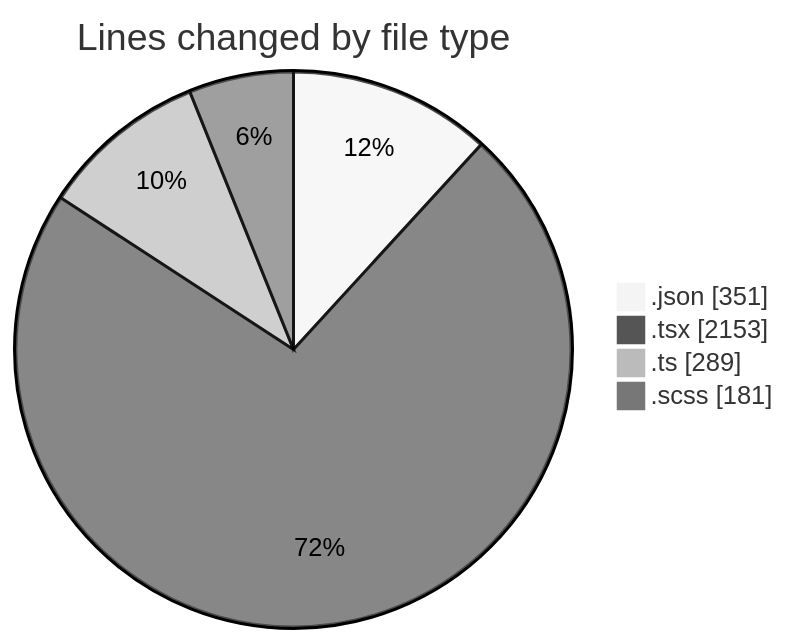
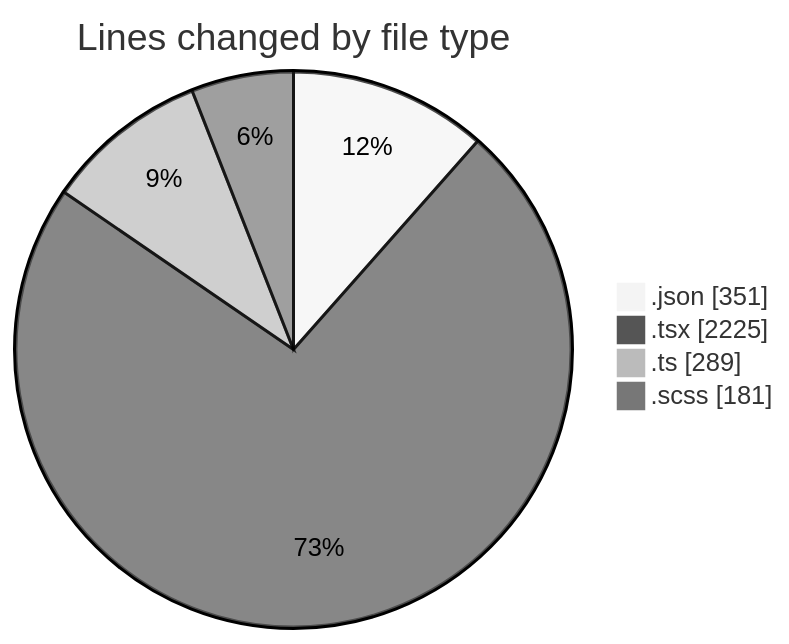
Before and after one commit to momahboobian/code-tracking: the first of 2 diagrams in 2026-04-22/cda/README.md, drawn with Mermaid (neutral theme). The commit also changed other lines of this file and 1 other file, not shown here.

````diff
--- a/2026-04-22/cda/README.md
+++ b/2026-04-22/cda/README.md
@@ -42,8 +44,8 @@
 ```mermaid
 pie showData
 title Lines changed by file type
 ".json" : 351
-".tsx" : 2153
+".tsx" : 2225
 ".ts" : 289
 ".scss" : 181
 ```
````
